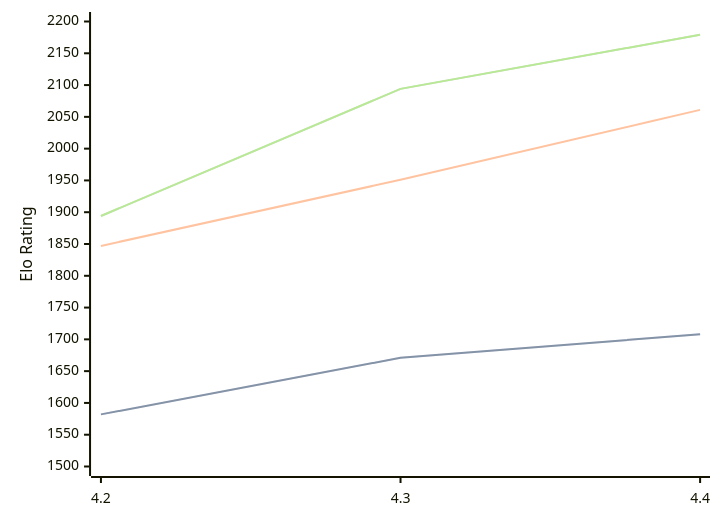
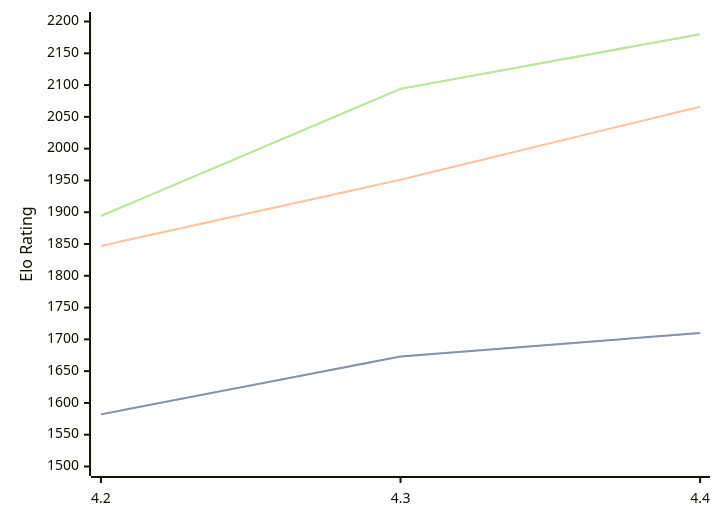
One commit to computer-chess-index/cci changed the diagram in engines/Radiance.md. Above: the diagram before and after it, drawn with Mermaid. The commit also changed other lines of this file, not shown here.

Commit message:
Update CCI Ratings (ELO VLTC) - 2026-05-21

````diff
--- a/engines/Radiance.md
+++ b/engines/Radiance.md
@@ -36,11 +36,11 @@
 ```mermaid
 %%{init: {"theme":"base","themeVariables":{"seriesColors:['#a3a3a3','#222221','#faa371']}}}%%
 xychart-beta
   x-axis ["4.2", "4.3", "4.4"]
   y-axis "Elo Rating" 1500 --> 2200
-  line "STC (8.0+0.08s)" [1582, 1671, 1708]
-  line "STC (8.0+0.08s)" [1582, 1671, 1708]
-  line "LTC (60.0+0.60s)" [1847, 1951, 2061]
-  line "VLTC (2m24s+1.12s)" [1894, 2094, 2179]
-  line "VLTC (2m24s+1.12s)" [1894, 2094, 2179]
+  line "STC (8.0+0.08s)" [1582, 1673, 1710]
+  line "STC (8.0+0.08s)" [1582, 1673, 1710]
+  line "LTC (60.0+0.60s)" [1847, 1951, 2066]
+  line "VLTC (2m24s+1.12s)" [1894, 2094, 2180]
+  line "VLTC (2m24s+1.12s)" [1894, 2094, 2180]
 ```
````
